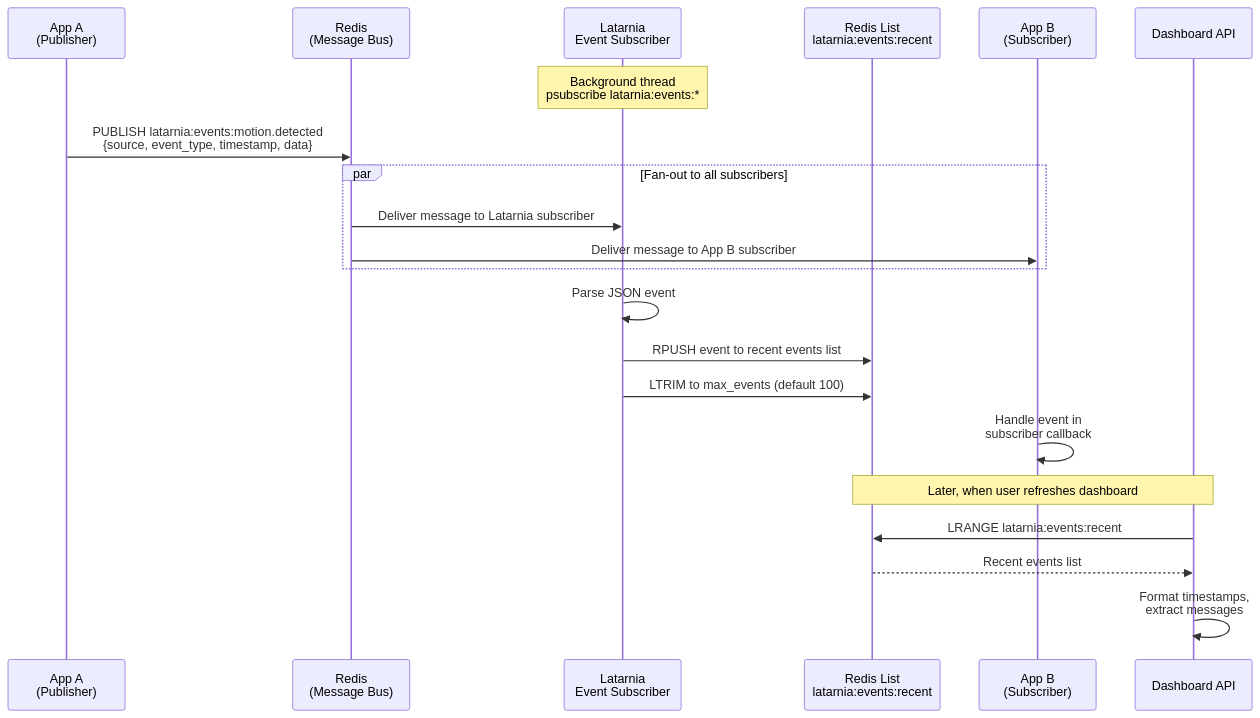
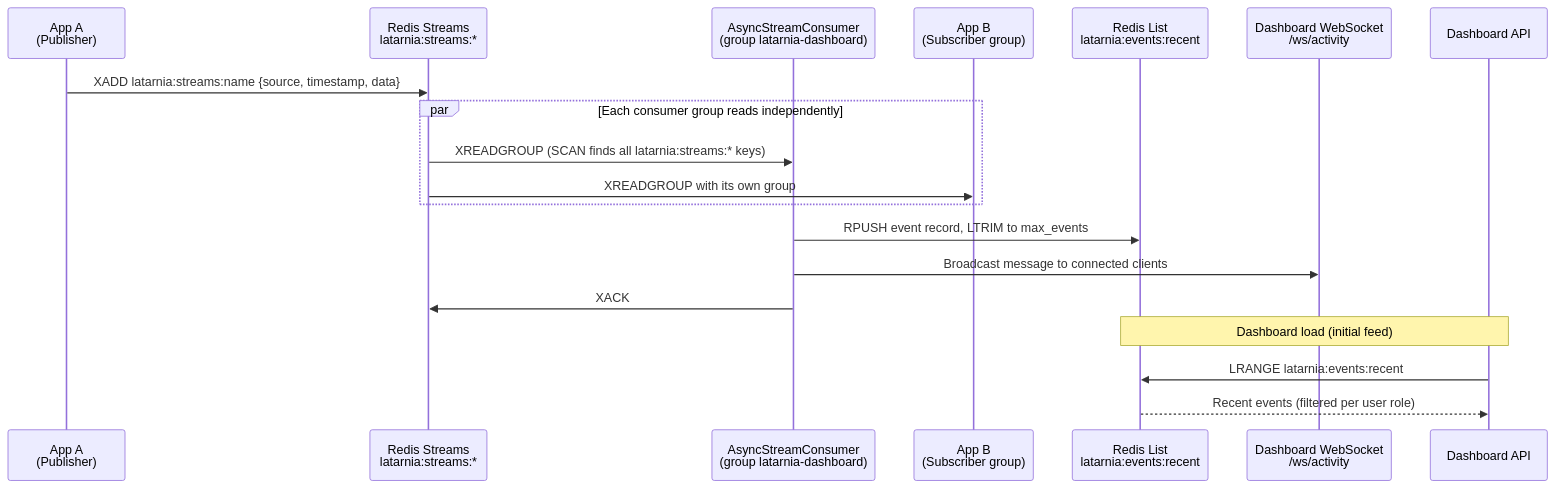
The ninth of 16 diagrams in docs/System/workflows.md (felipe-stanham/Latarnia), drawn with Mermaid before and after one commit. The commit also changed other lines of this file and 10 other files, not shown here.

````diff
--- a/docs/System/workflows.md
+++ b/docs/System/workflows.md
@@ -355,30 +377,25 @@
 ```mermaid
 sequenceDiagram
     participant AppA as App A<br/>(Publisher)
-    participant Redis as Redis<br/>(Message Bus)
-    participant Sub as Latarnia<br/>Event Subscriber
+    participant Redis as Redis Streams<br/>latarnia:streams:*
+    participant Cons as AsyncStreamConsumer<br/>(group latarnia-dashboard)
+    participant AppB as App B<br/>(Subscriber group)
     participant Store as Redis List<br/>latarnia:events:recent
-    participant AppB as App B<br/>(Subscriber)
+    participant WS as Dashboard WebSocket<br/>/ws/activity
     participant Dash as Dashboard API
 
-    Note over Sub: Background thread<br/>psubscribe latarnia:events:*
+    AppA->>Redis: XADD latarnia:streams:name {source, timestamp, data}
 
-    AppA->>Redis: PUBLISH latarnia:events:motion.detected<br/>{source, event_type, timestamp, data}
-
-    par Fan-out to all subscribers
-        Redis->>Sub: Deliver message to Latarnia subscriber
-        Redis->>AppB: Deliver message to App B subscriber
+    par Each consumer group reads independently
+        Redis->>Cons: XREADGROUP (SCAN finds all latarnia:streams:* keys)
+        Redis->>AppB: XREADGROUP with its own group
     end
 
-    Sub->>Sub: Parse JSON event
-    Sub->>Store: RPUSH event to recent events list
-    Sub->>Store: LTRIM to max_events (default 100)
+    Cons->>Store: RPUSH event record, LTRIM to max_events
+    Cons->>WS: Broadcast message to connected clients
+    Cons->>Redis: XACK
 
-    AppB->>AppB: Handle event in<br/>subscriber callback
-
-    Note over Dash,Store: Later, when user refreshes dashboard
-
+    Note over Dash,Store: Dashboard load (initial feed)
     Dash->>Store: LRANGE latarnia:events:recent
-    Store-->>Dash: Recent events list
-    Dash->>Dash: Format timestamps,<br/>extract messages
+    Store-->>Dash: Recent events (filtered per user role)
 ```
````
